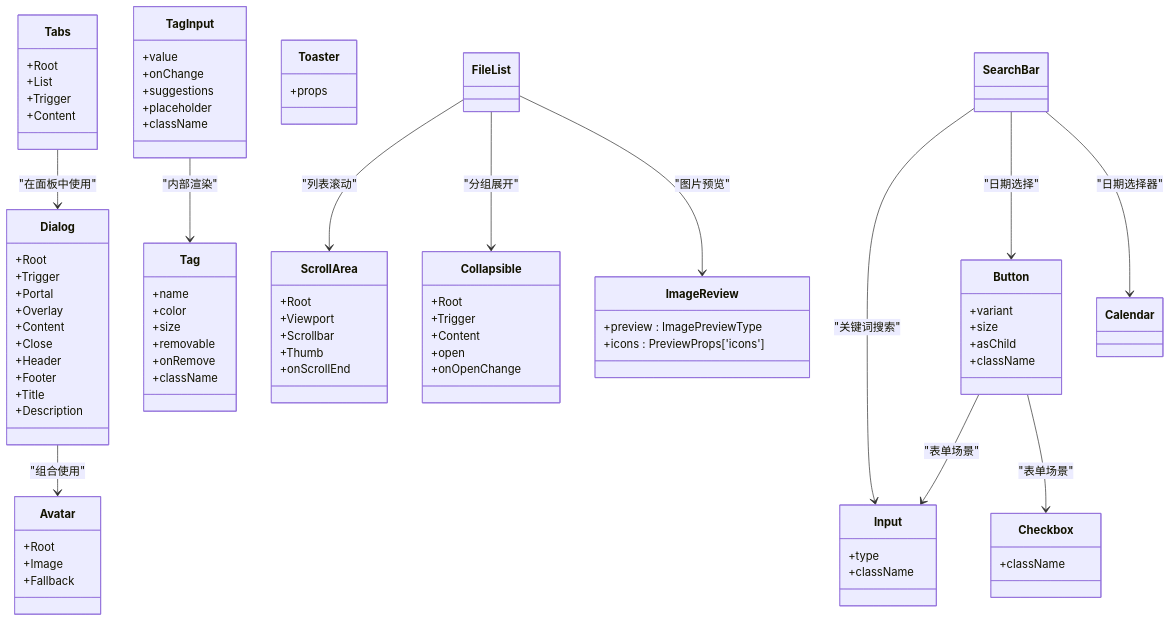
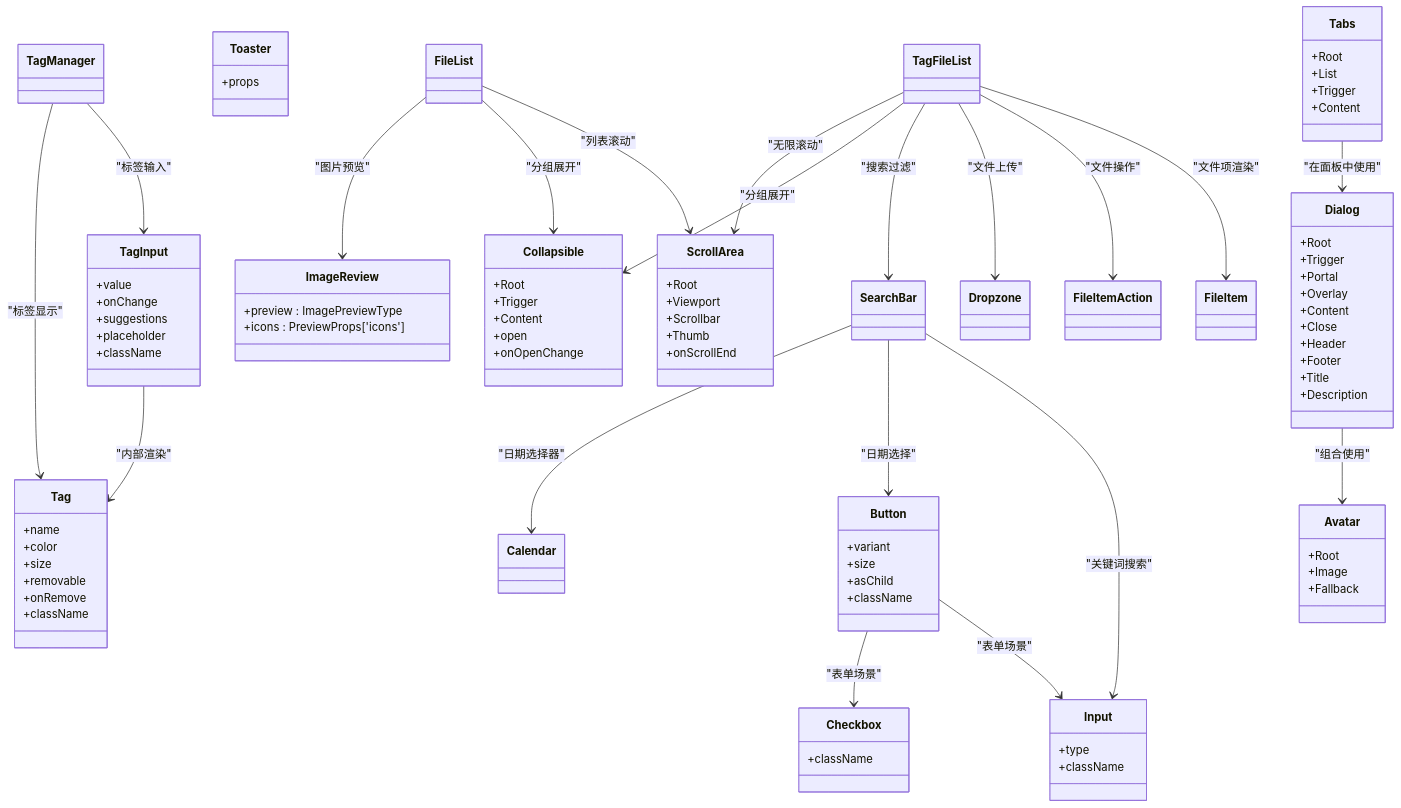
Before and after one commit to RadiumAg/image-saas: the tenth of 11 diagrams in .qoder/repowiki/zh/content/前端组件架构/前端组件架构.md, drawn with Mermaid. The commit also changed other lines of this file and 6 other files, not shown here.

````diff
--- a/.qoder/repowiki/zh/content/前端组件架构/前端组件架构.md
+++ b/.qoder/repowiki/zh/content/前端组件架构/前端组件架构.md
@@ -503,4 +646,12 @@
 SearchBar --> Input : "关键词搜索"
 SearchBar --> Button : "日期选择"
 SearchBar --> Calendar : "日期选择器"
+TagFileList --> FileItem : "文件项渲染"
+TagFileList --> FileItemAction : "文件操作"
+TagFileList --> Dropzone : "文件上传"
+TagFileList --> SearchBar : "搜索过滤"
+TagFileList --> Collapsible : "分组展开"
+TagFileList --> ScrollArea : "无限滚动"
+TagManager --> TagInput : "标签输入"
+TagManager --> Tag : "标签显示"
 ```
````
